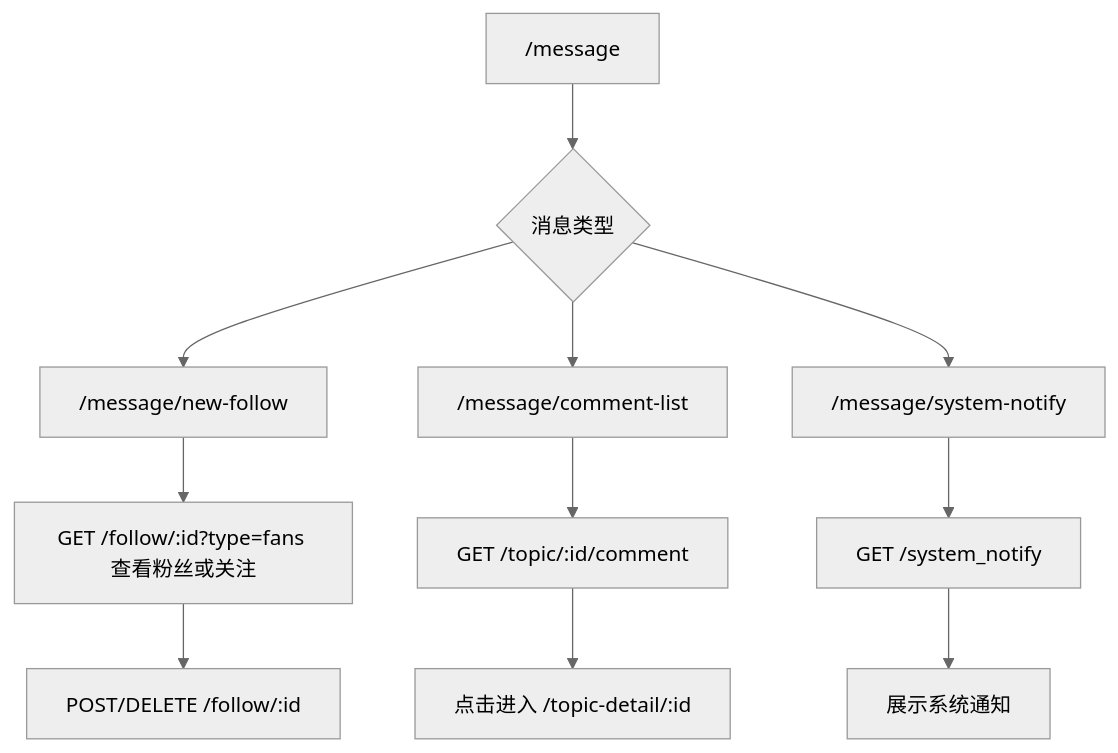
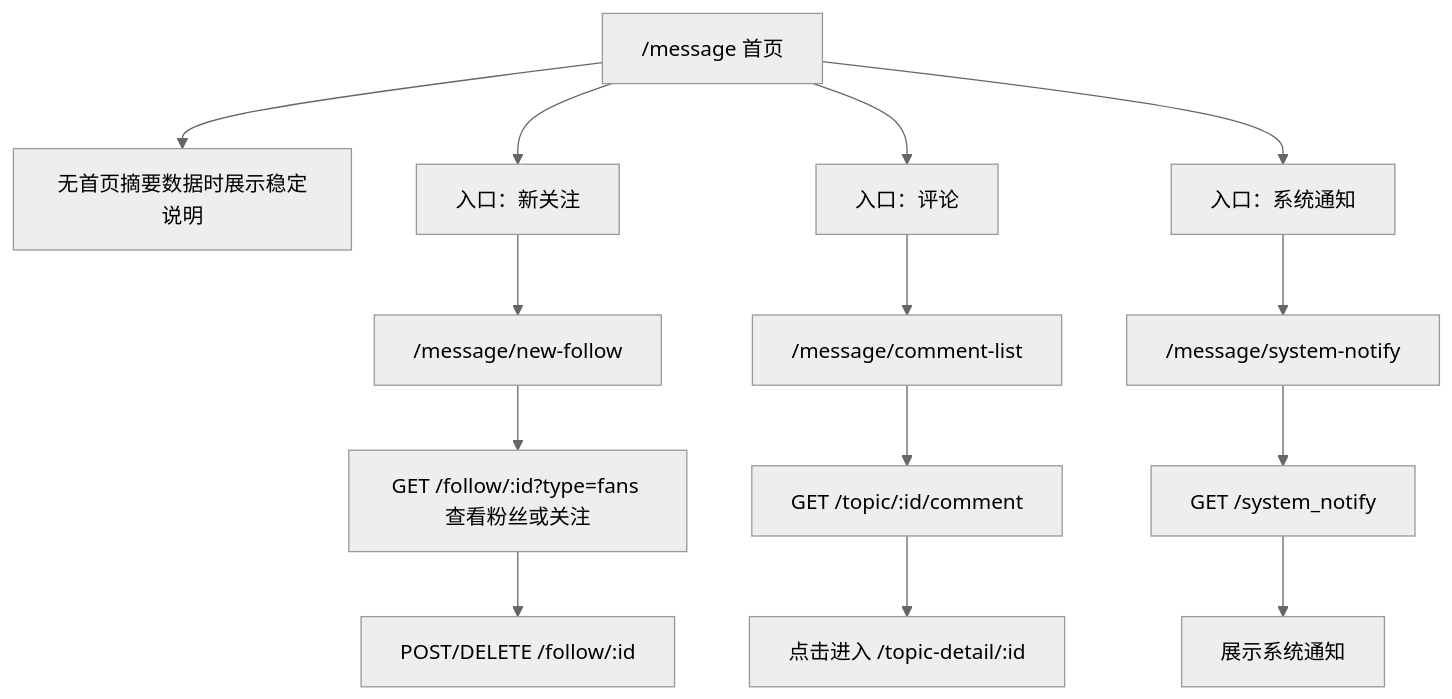
One commit to whale-wave/ww-bill-client changed diagram 11 of 12 in docs/flowcharts/feature-flows.md. Above: the diagram before and after it, drawn with Mermaid (neutral theme). The commit also changed other lines of this file and 46 other files, not shown here.

````diff
--- a/docs/flowcharts/feature-flows.md
+++ b/docs/flowcharts/feature-flows.md
@@ -290,13 +308,16 @@
 ```mermaid
 flowchart TD
-  Message["/message"] --> Type{"消息类型"}
-  Type --> NewFollow["/message/new-follow"]
+  Message["/message 首页"] --> EmptySummary["无首页摘要数据时展示稳定说明"]
+  Message --> NewFollowEntry["入口：新关注"]
+  Message --> CommentEntry["入口：评论"]
+  Message --> NotifyEntry["入口：系统通知"]
+  NewFollowEntry --> NewFollow["/message/new-follow"]
   NewFollow --> FollowList["GET /follow/:id?type=fans 查看粉丝或关注"]
   FollowList --> FollowToggle["POST/DELETE /follow/:id"]
-  Type --> CommentList["/message/comment-list"]
+  CommentEntry --> CommentList["/message/comment-list"]
   CommentList --> CommentApi["GET /topic/:id/comment"]
   CommentApi --> TopicDetail["点击进入 /topic-detail/:id"]
-  Type --> SystemNotify["/message/system-notify"]
+  NotifyEntry --> SystemNotify["/message/system-notify"]
   SystemNotify --> NotifyApi["GET /system_notify"]
   NotifyApi --> RenderNotify["展示系统通知"]
 ```
````
